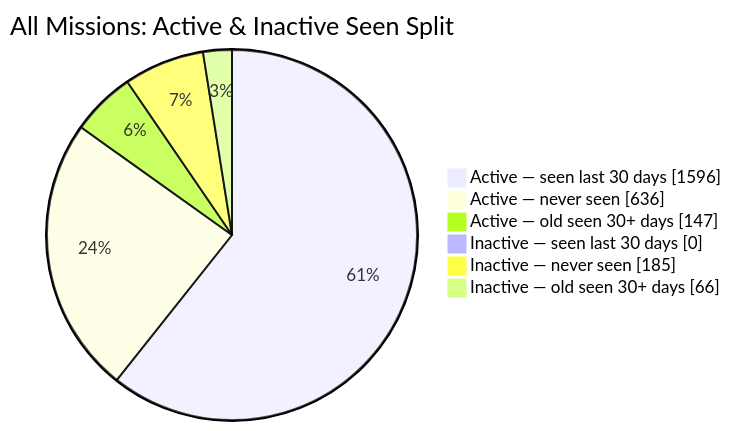
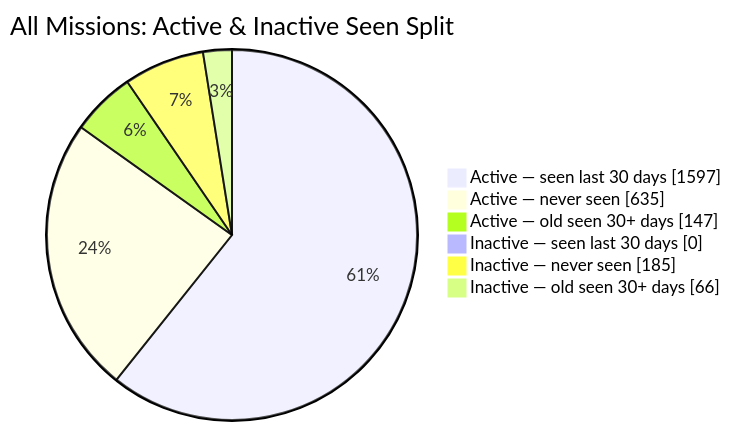
One commit to MeldkamerspelGameTeam/active-missions changed the second of 2 diagrams in README.md. Above: the diagram before and after it, drawn with Mermaid. The commit also changed other lines of this file and 2 other files, not shown here.

````diff
--- a/README.md
+++ b/README.md
@@ -44,10 +44,10 @@
 ```mermaid
 pie showData
     title All Missions: Active & Inactive Seen Split
-    "Active — seen last 30 days" : 1596
-    "Active — never seen" : 636
+    "Active — seen last 30 days" : 1597
+    "Active — never seen" : 635
     "Active — old seen 30+ days" : 147
     "Inactive — seen last 30 days" : 0
     "Inactive — never seen" : 185
     "Inactive — old seen 30+ days" : 66
 ```
````
